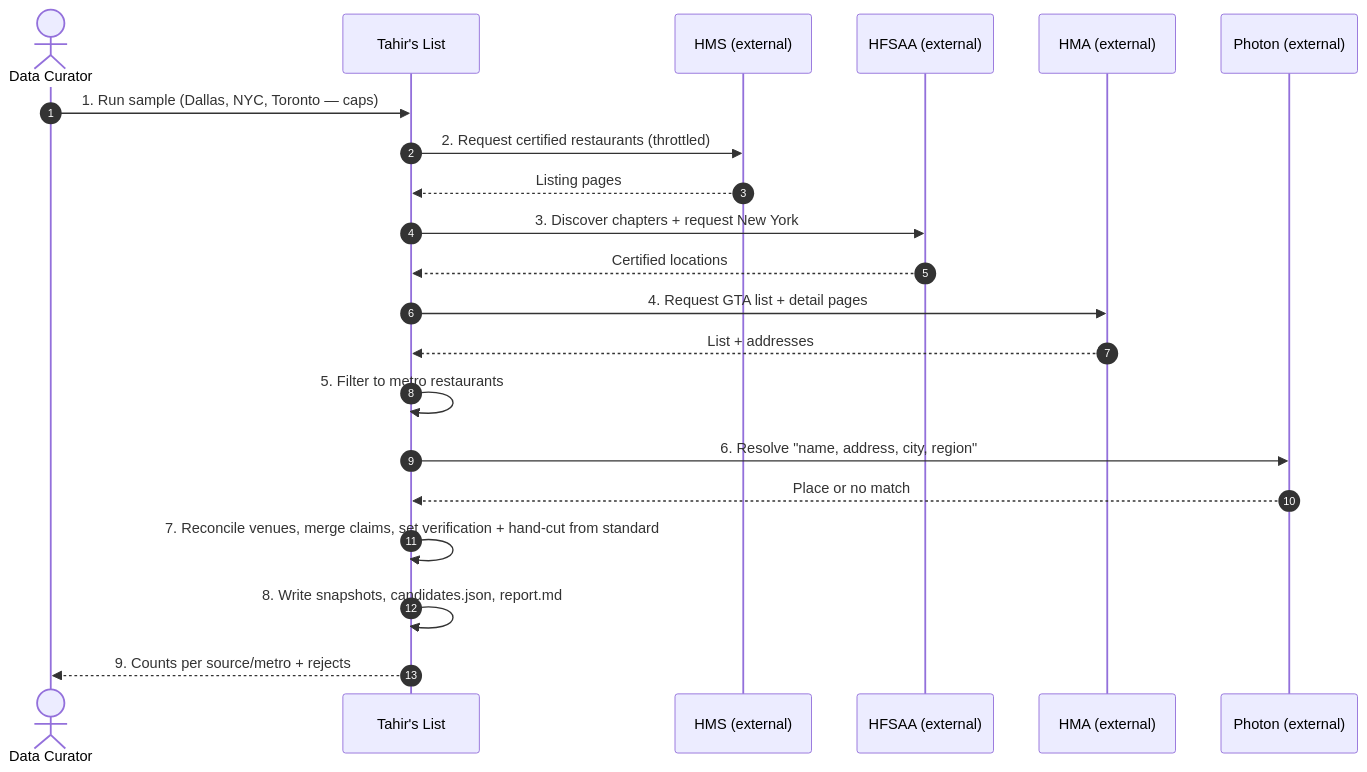
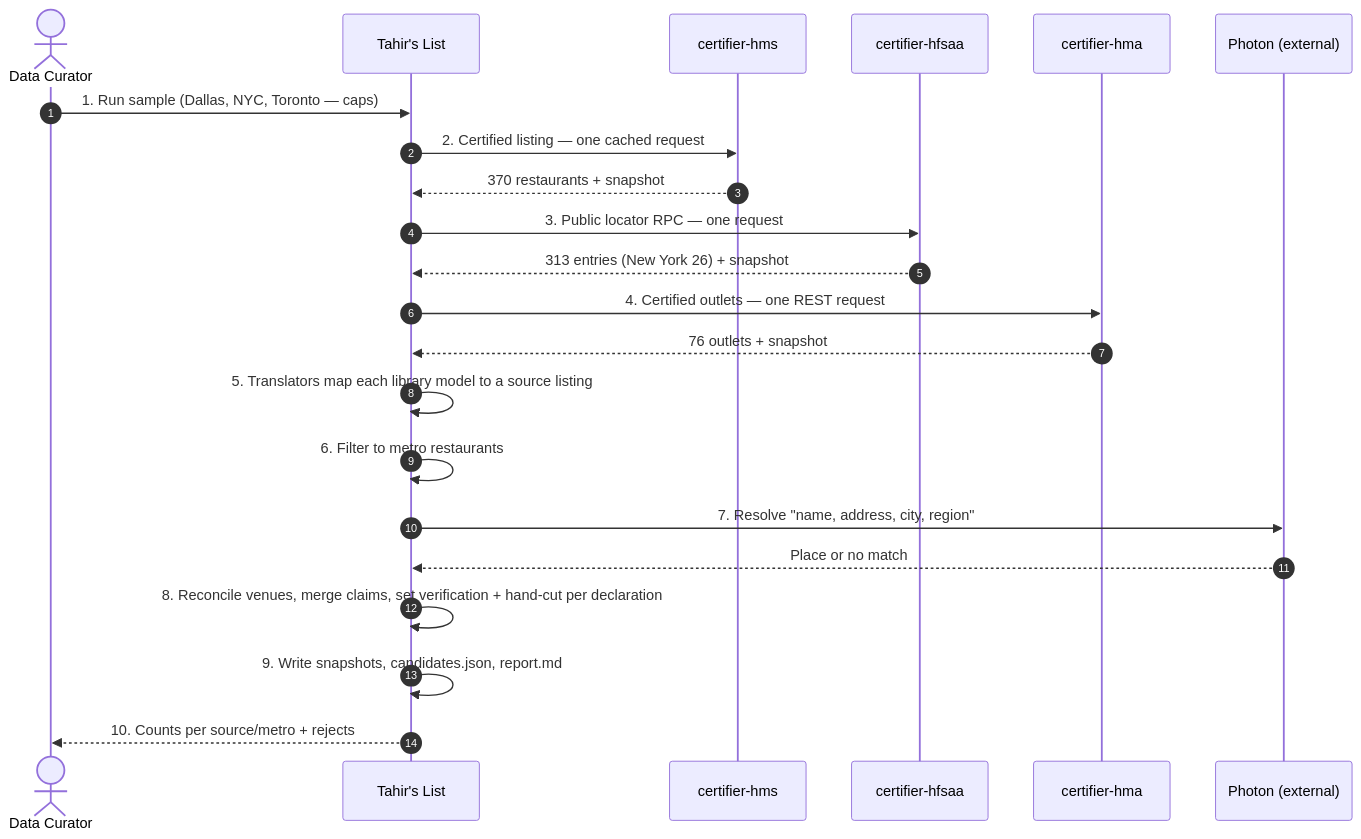
The first of 11 diagrams in docs/features/SC-211/04-blackbox/UC-01-run-sample-directory-ingestion.md (Losers-Lab/tahirs-list), drawn with Mermaid before and after one commit. The commit also changed other lines of this file and 16 other files, not shown here.

````diff
--- a/docs/features/SC-211/04-blackbox/UC-01-run-sample-directory-ingestion.md
+++ b/docs/features/SC-211/04-blackbox/UC-01-run-sample-directory-ingestion.md
@@ -6,23 +6,24 @@
 ```mermaid
 sequenceDiagram
   autonumber
   actor DC as Data Curator
   participant TL as Tahir's List
-  participant HMS as HMS (external)
-  participant HF as HFSAA (external)
-  participant HM as HMA (external)
+  participant HMS as certifier-hms
+  participant HF as certifier-hfsaa
+  participant HM as certifier-hma
   participant PH as Photon (external)
   DC->>TL: 1. Run sample (Dallas, NYC, Toronto — caps)
-  TL->>HMS: 2. Request certified restaurants (throttled)
-  HMS-->>TL: Listing pages
-  TL->>HF: 3. Discover chapters + request New York
-  HF-->>TL: Certified locations
-  TL->>HM: 4. Request GTA list + detail pages
-  HM-->>TL: List + addresses
-  TL->>TL: 5. Filter to metro restaurants
-  TL->>PH: 6. Resolve "name, address, city, region"
+  TL->>HMS: 2. Certified listing — one cached request
+  HMS-->>TL: 370 restaurants + snapshot
+  TL->>HF: 3. Public locator RPC — one request
+  HF-->>TL: 313 entries (New York 26) + snapshot
+  TL->>HM: 4. Certified outlets — one REST request
+  HM-->>TL: 76 outlets + snapshot
+  TL->>TL: 5. Translators map each library model to a source listing
+  TL->>TL: 6. Filter to metro restaurants
+  TL->>PH: 7. Resolve "name, address, city, region"
   PH-->>TL: Place or no match
-  TL->>TL: 7. Reconcile venues, merge claims, set verification + hand-cut from standard
-  TL->>TL: 8. Write snapshots, candidates.json, report.md
-  TL-->>DC: 9. Counts per source/metro + rejects
+  TL->>TL: 8. Reconcile venues, merge claims, set verification + hand-cut per declaration
+  TL->>TL: 9. Write snapshots, candidates.json, report.md
+  TL-->>DC: 10. Counts per source/metro + rejects
 ```
````
